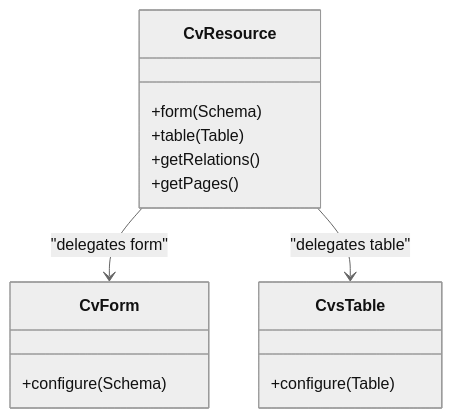
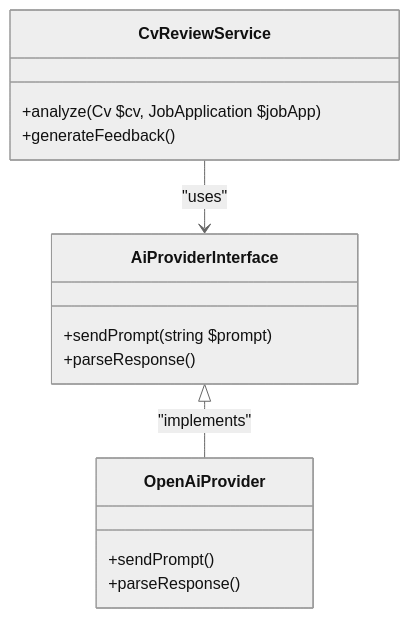
Before and after one commit to withoutfanfare/cv-builder: the second of 2 diagrams in .qoder/repowiki/en/content/Extending the Application/Extending the Application.md, drawn with Mermaid (neutral theme). The commit also changed other lines of this file and 128 other files, not shown here.

````diff
--- a/.qoder/repowiki/en/content/Extending the Application/Extending the Application.md
+++ b/.qoder/repowiki/en/content/Extending the Application/Extending the Application.md
@@ -60,17 +175,17 @@
 ```mermaid
 classDiagram
-class CvResource {
-+form(Schema)
-+table(Table)
-+getRelations()
-+getPages()
+class CvReviewService {
++analyze(Cv $cv, JobApplication $jobApp)
++generateFeedback()
 }
-class CvForm {
-+configure(Schema)
+class AiProviderInterface {
++sendPrompt(string $prompt)
++parseResponse()
 }
-class CvsTable {
-+configure(Table)
+class OpenAiProvider {
++sendPrompt()
++parseResponse()
 }
-CvResource --> CvForm : "delegates form"
-CvResource --> CvsTable : "delegates table"
+CvReviewService --> AiProviderInterface : "uses"
+AiProviderInterface <|-- OpenAiProvider : "implements"
 ```
````
